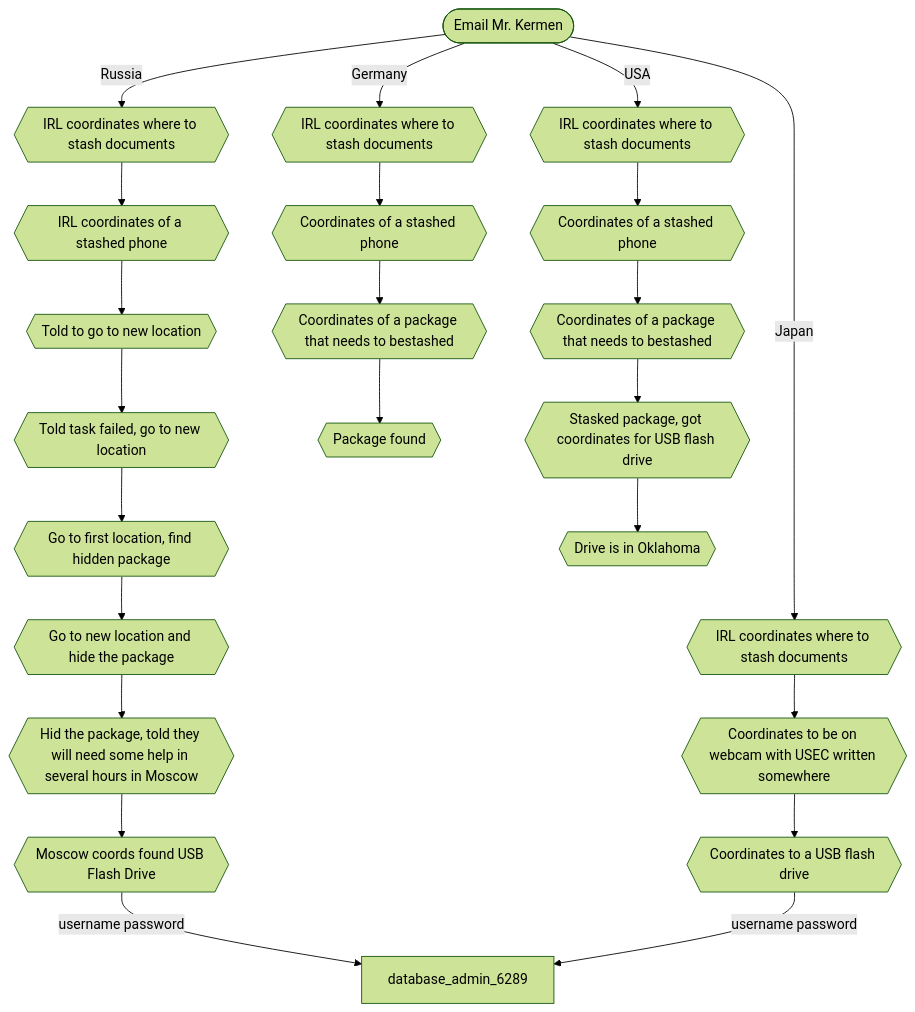
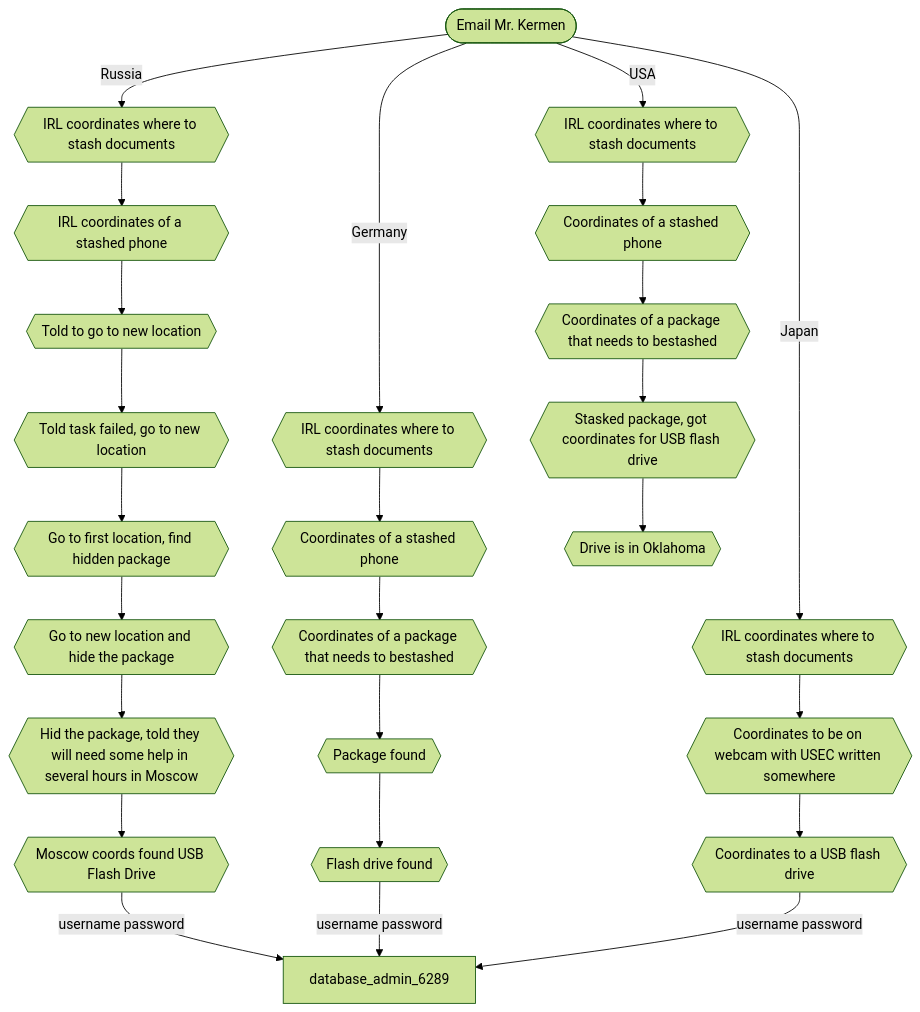
One commit to 3ncy/ARRS-s5 changed the diagram in irl2-tracker.md. Above: the diagram before and after it, drawn with Mermaid (forest theme). The commit also changed other lines of this file, not shown here.

````diff
--- a/irl2-tracker.md
+++ b/irl2-tracker.md
@@ -4,28 +4,30 @@
 ```mermaid
 graph TD;
     email(["Email Mr. Kermen"]) --Russia--> irl2{{IRL coordinates where to stash documents}};
     irl2 --> irl3{{IRL coordinates of a stashed phone}};
     irl3 --> irl4{{Told to go to new location}};
     irl4 --> irl5{{Told task failed, go to new location}};
     irl5 --> irl6{{Go to first location, find hidden package}};
     irl6 --> irl7{{Go to new location and hide the package}};
     irl7 --> irl8{{Hid the package, told they will need some help in several hours in Moscow}};
     irl8 --> irl9{{Moscow coords found USB Flash Drive}};
     irl9 --username password--> database_admin_6289
 
     email(["Email Mr. Kermen"]) --Germany--> irle2{{IRL coordinates where to stash documents}};
     irle2 --> irle3{{Coordinates of a stashed phone}};
     irle3 --> irle4{{Coordinates of a package that needs to bestashed}}
     irle4 --> irle5{{Package found}};
+    irle5 --> irle6{{Flash drive found}};
+    irle6 --username password--> database_admin_6289;
 
     email(["Email Mr. Kermen"]) --USA--> irlu2{{IRL coordinates where to stash documents}};
     irlu2 --> irlu3{{Coordinates of a stashed phone}};
     irlu3 --> irlu4{{Coordinates of a package that needs to bestashed}};
     irlu4 --> irlu5{{Stasked package, got coordinates for USB flash drive}};
     irlu5 --> irlu6{{Drive is in Oklahoma}};
 
     email(["Email Mr. Kermen"]) --Japan--> irlj2{{IRL coordinates where to stash documents}};
     irlj2 --> irlj3{{Coordinates to be on webcam with USEC written somewhere}};
     irlj3 --> irlj4{{Coordinates to a USB flash drive}};
     irlj4 --username password--> database_admin_6289
 ```
````
